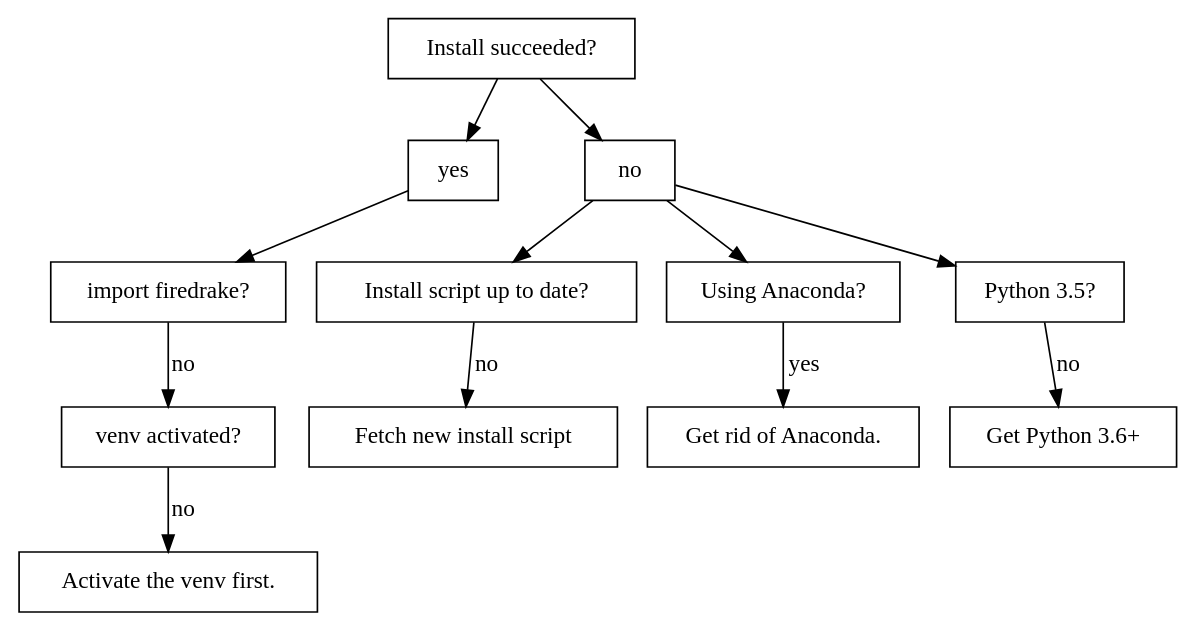
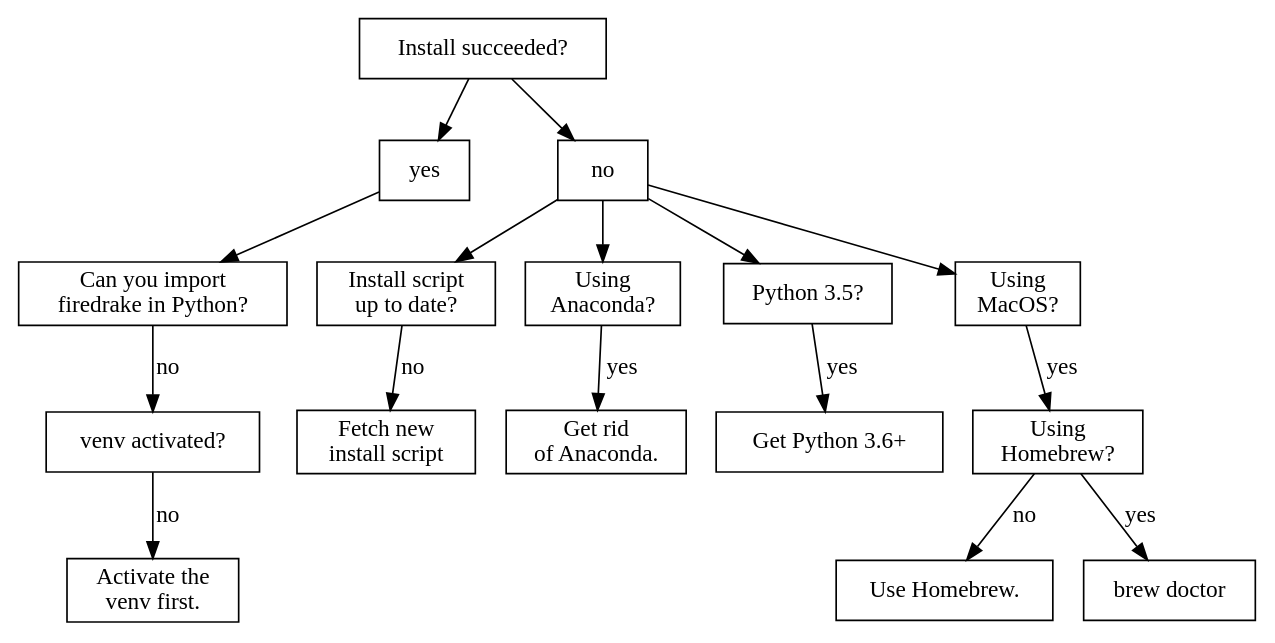
One commit to jingminxia/firedrake changed the diagram in docs/source/install-debug.dot. Above: the diagram before and after it, drawn with Graphviz.

Commit message:
More nodes in install debug graph

```diff
--- a/docs/source/install-debug.dot
+++ b/docs/source/install-debug.dot
@@ -1,28 +1,35 @@
 digraph triage {
     node [shape=rect];
 
     can_install [label="Install succeeded?"];
     install_succeeded [label="yes"];
     install_failed [label="no"];
-    can_import [label="import firedrake?"];
+    can_import [label="Can you import\nfiredrake in Python?"];
     venv_activated [label="venv activated?"];
-    install_script_up_to_date [label="Install script up to date?"];
-    using_anaconda [label="Using Anaconda?"];
+    install_script_up_to_date [label="Install script\nup to date?"];
+    using_anaconda [label="Using\nAnaconda?"];
     python_version [label="Python 3.5?"];
+    using_macos [label="Using\nMacOS?"];
+    using_homebrew [label="Using\nHomebrew?"];
 
-    activate_venv [label="Activate the venv first."];
-    uninstall_anaconda [label="Get rid of Anaconda."];
+    activate_venv [label="Activate the\nvenv first."];
+    uninstall_anaconda [label="Get rid\nof Anaconda."];
     update_python [label="Get Python 3.6+"];
-    update_install_script [label="Fetch new install script"];
+    update_install_script [label="Fetch new\ninstall script"];
+    get_homebrew [label="Use Homebrew."];
+    brew_doctor [label="brew doctor"];
 
     can_install -> install_succeeded;
     install_succeeded -> can_import;
     can_import -> venv_activated [label="no"];
     venv_activated -> activate_venv [label="no"];
 
     can_install -> install_failed;
-    install_failed -> {install_script_up_to_date, using_anaconda, python_version};
+    install_failed -> {install_script_up_to_date, using_anaconda, python_version, using_macos};
     install_script_up_to_date -> update_install_script [label="no"];
-    python_version -> update_python [label="no"];
+    python_version -> update_python [label="yes"];
     using_anaconda -> uninstall_anaconda [label="yes"];
+    using_macos -> using_homebrew [label="yes"];
+    using_homebrew -> get_homebrew [label="no"];
+    using_homebrew -> brew_doctor [label="yes"];
 }
```
